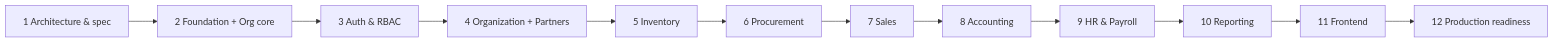
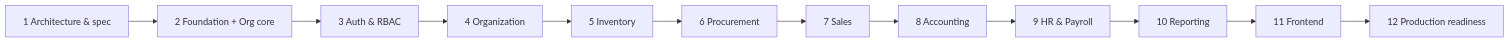
One commit to Khalid-Syfullah/erp-system changed the diagram in docs/DEVELOPMENT_PLAN.md. Above: the diagram before and after it, drawn with Mermaid. The commit also changed other lines of this file and 89 other files, not shown here.

````diff
--- a/docs/DEVELOPMENT_PLAN.md
+++ b/docs/DEVELOPMENT_PLAN.md
@@ -13,14 +13,14 @@
 ```mermaid
 flowchart LR
   P1[1 Architecture & spec] --> P2[2 Foundation + Org core]
   P2 --> P3[3 Auth & RBAC]
-  P3 --> P4[4 Organization + Partners]
+  P3 --> P4[4 Organization]
   P4 --> P5[5 Inventory]
   P5 --> P6[6 Procurement]
   P6 --> P7[7 Sales]
   P7 --> P8[8 Accounting]
   P8 --> P9[9 HR & Payroll]
   P9 --> P10[10 Reporting]
   P10 --> P11[11 Frontend]
   P11 --> P12[12 Production readiness]
 ```
````
